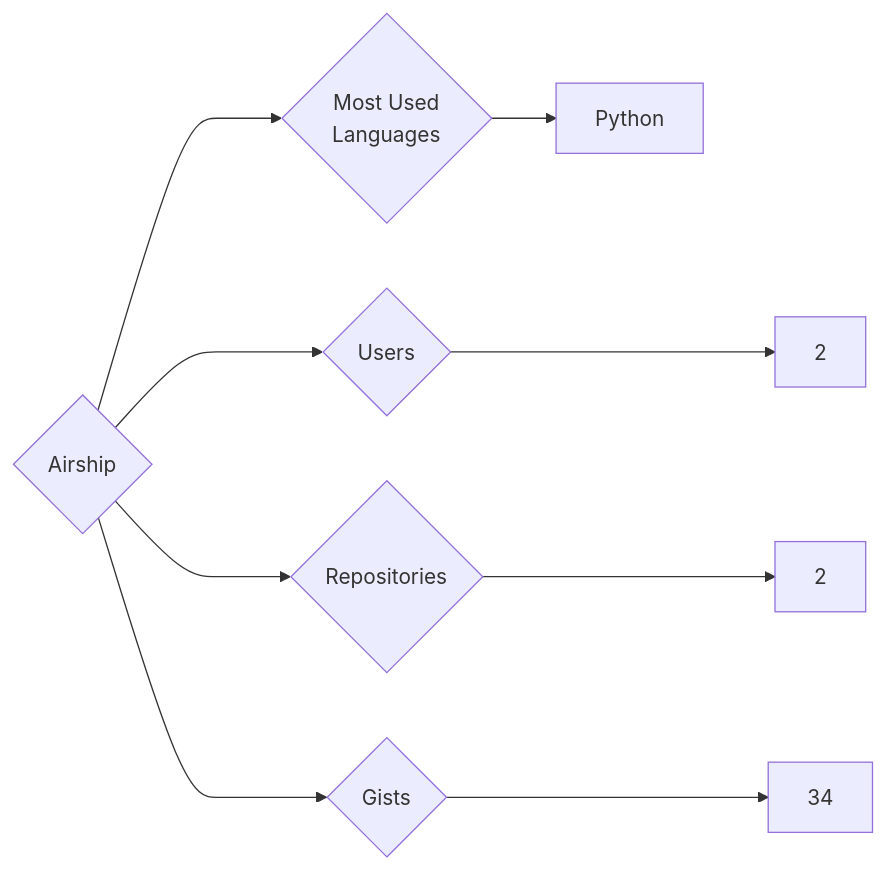
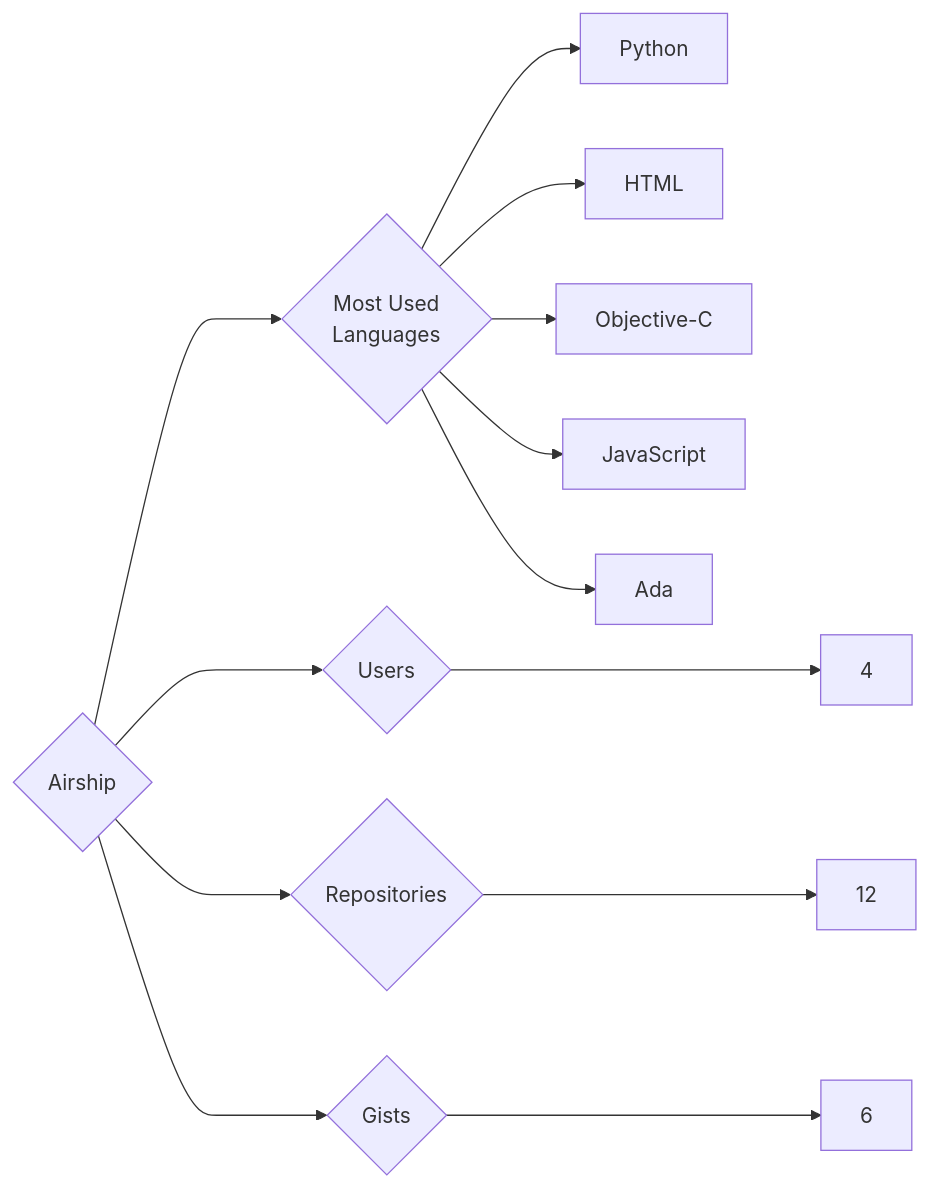
One commit to trickest/insiders changed the diagram in targets/Airship/README.md. Above: the diagram before and after it, drawn with Mermaid. The commit also changed 1020 other files, not shown here.

````diff
--- a/targets/Airship/README.md
+++ b/targets/Airship/README.md
@@ -3,9 +3,13 @@
 ```mermaid
 graph LR
 COMPANY_NAME{Airship}
-COMPANY_NAME ---> U{Users} ---> UN[2]
-COMPANY_NAME ---> R{Repositories} ---> RN[2]
-COMPANY_NAME ---> G{Gists} ---> GN[34]
+COMPANY_NAME ---> U{Users} ---> UN[4]
+COMPANY_NAME ---> R{Repositories} ---> RN[12]
+COMPANY_NAME ---> G{Gists} ---> GN[6]
 COMPANY_NAME ---> ML{Most Used<br>Languages}
 ML --> Python[Python]
+ML --> HTML[HTML]
+ML --> Objective-C[Objective-C]
+ML --> JavaScript[JavaScript]
+ML --> Ada[Ada]
 ```
````
